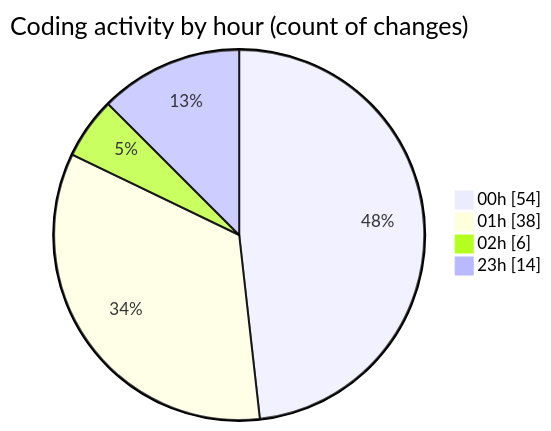
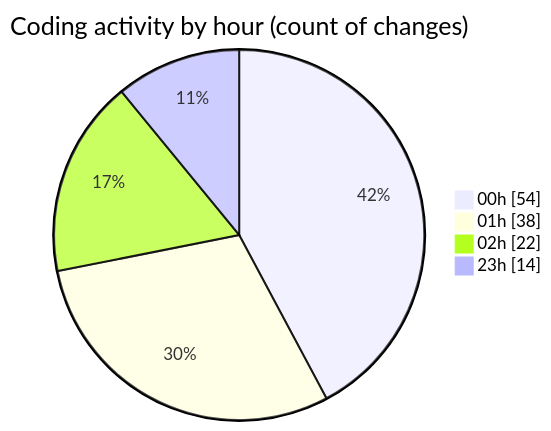
Before and after one commit to lephambinh05/code-tracking: the second of 2 diagrams in 2025-08-20/quytuthien_vn/README.md, drawn with Mermaid. The commit also changed other lines of this file and 1 other file, not shown here.

````diff
--- a/2025-08-20/quytuthien_vn/README.md
+++ b/2025-08-20/quytuthien_vn/README.md
@@ -88,8 +95,8 @@
 ```mermaid
 pie showData
 title Coding activity by hour (count of changes)
 "00h" : 54
 "01h" : 38
-"02h" : 6
+"02h" : 22
 "23h" : 14
 ```
````
